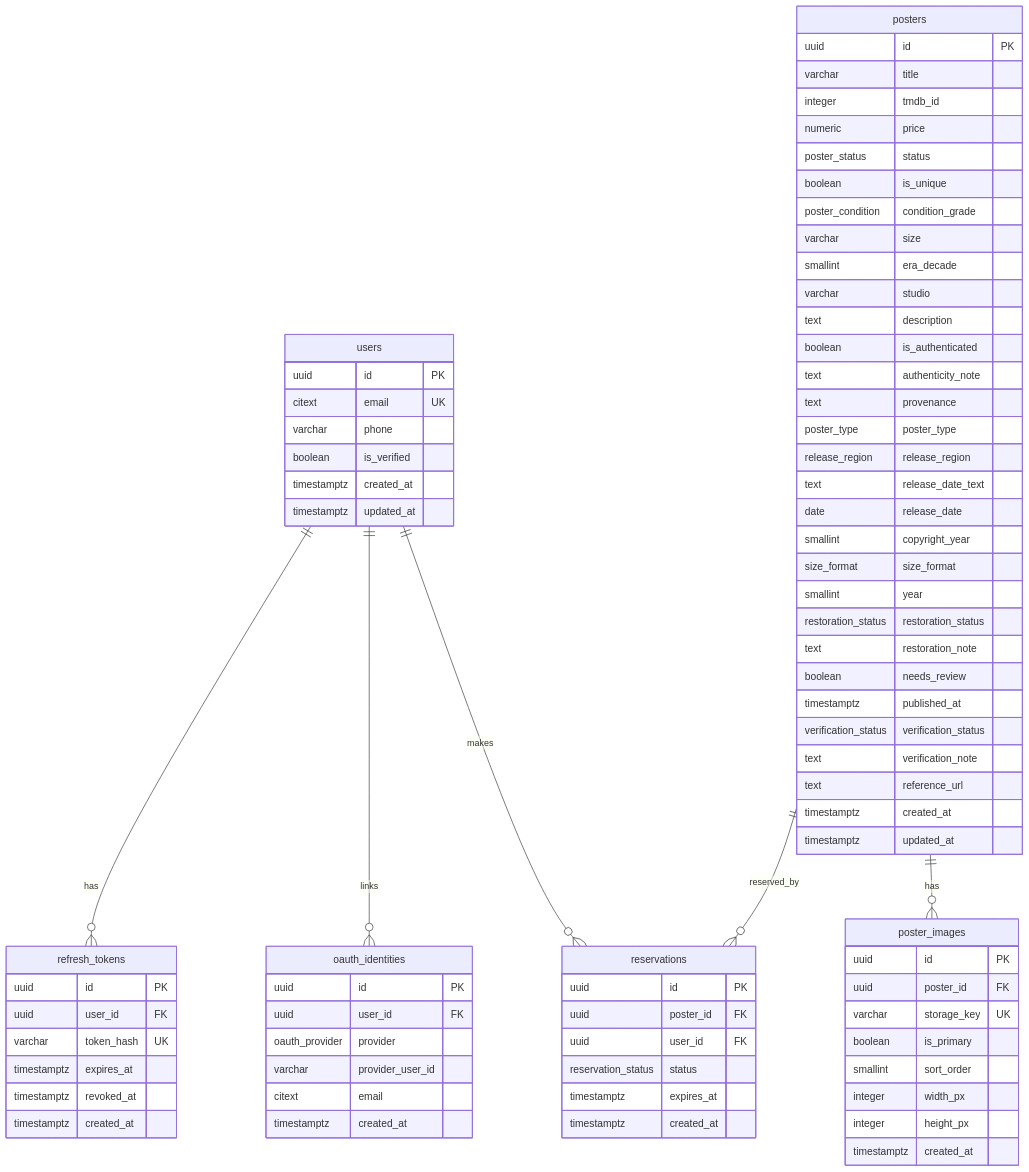
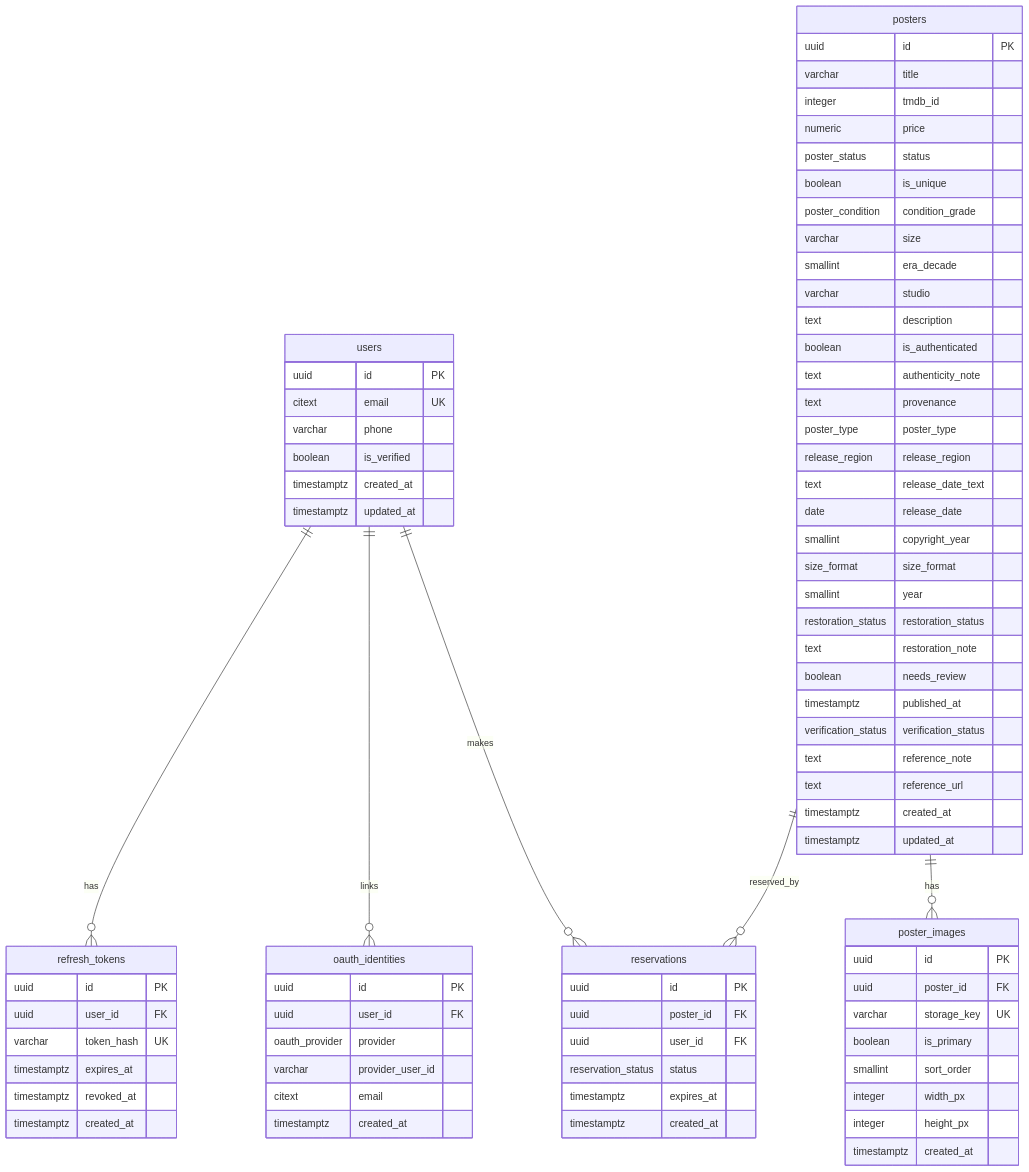
One commit to Chanothai/posternung-backend changed the diagram in docs/database-design.md. Above: the diagram before and after it, drawn with Mermaid. The commit also changed other lines of this file and 9 other files, not shown here.

```diff
--- a/docs/database-design.md
+++ b/docs/database-design.md
@@ -291,7 +292,7 @@
         boolean needs_review
         timestamptz published_at
         verification_status verification_status
-        text verification_note
+        text reference_note
         text reference_url
         timestamptz created_at
         timestamptz updated_at
```
